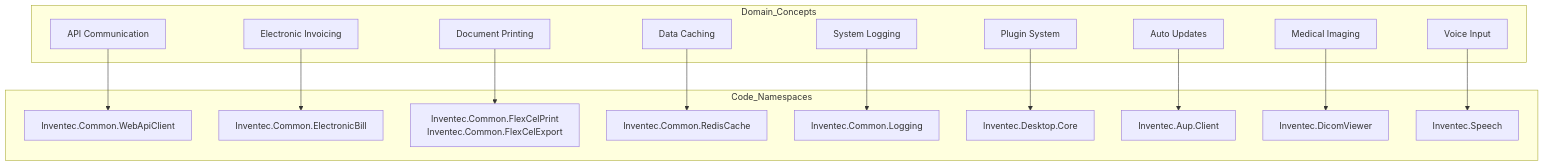
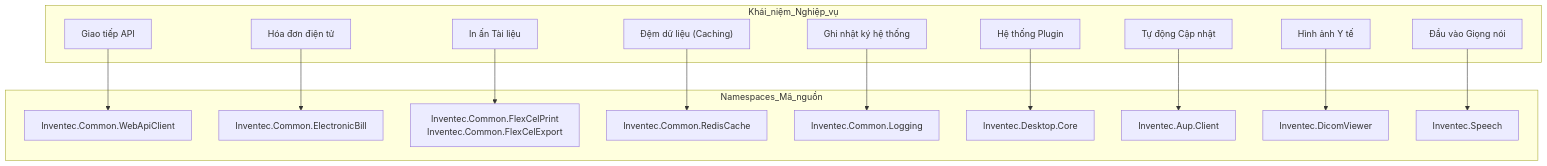
One commit to thangpnb/HIS changed the fifth of 7 diagrams in docs/his-ba-documentation/02-modules/common-libraries/libraries.md. Above: the diagram before and after it, drawn with Mermaid. The commit also changed other lines of this file and 30 other files, not shown here.

Commit message:
Refactor architecture docs and update translations

````diff
--- a/docs/his-ba-documentation/02-modules/common-libraries/libraries.md
+++ b/docs/his-ba-documentation/02-modules/common-libraries/libraries.md
@@ -336,36 +336,36 @@
 ```mermaid
 graph TB
-    subgraph "Domain_Concepts"
-        API["API Communication"]
-        EInvoice["Electronic Invoicing"]
-        Printing["Document Printing"]
-        Caching["Data Caching"]
-        Logging["System Logging"]
-        Plugins["Plugin System"]
-        Updates["Auto Updates"]
-        Imaging["Medical Imaging"]
-        Voice["Voice Input"]
+    subgraph "Khái_niệm_Nghiệp_vụ"
+        API["Giao tiếp API"]
+        EInvoice["Hóa đơn điện tử"]
+        Printing["In ấn Tài liệu"]
+        Caching["Đệm dữ liệu (Caching)"]
+        Logging["Ghi nhật ký hệ thống"]
+        Plugins["Hệ thống Plugin"]
+        Updates["Tự động Cập nhật"]
+        Imaging["Hình ảnh Y tế"]
+        Voice["Đầu vào Giọng nói"]
     end
     
-    subgraph "Code_Namespaces"
+    subgraph "Namespaces_Mã_nguồn"
         NS_WebAPI["Inventec.Common.WebApiClient"]
         NS_EBill["Inventec.Common.ElectronicBill"]
         NS_FlexCel["Inventec.Common.FlexCelPrint<br/>Inventec.Common.FlexCelExport"]
         NS_Redis["Inventec.Common.RedisCache"]
         NS_Log["Inventec.Common.Logging"]
         NS_Core["Inventec.Desktop.Core"]
         NS_Aup["Inventec.Aup.Client"]
         NS_Dicom["Inventec.DicomViewer"]
         NS_Speech["Inventec.Speech"]
     end
     
     API --> NS_WebAPI
     EInvoice --> NS_EBill
     Printing --> NS_FlexCel
     Caching --> NS_Redis
     Logging --> NS_Log
     Plugins --> NS_Core
     Updates --> NS_Aup
     Imaging --> NS_Dicom
     Voice --> NS_Speech
 ```
````
